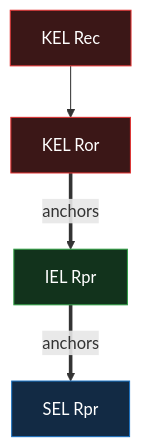
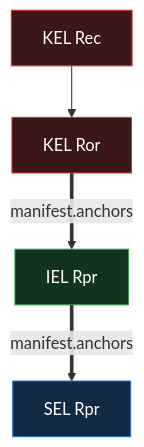
The second of 2 diagrams in docs/design/primitives/data/event-logs/iel/reconciliation.md (jasoncolburne/vdti), drawn with Mermaid before and after one commit. The commit also changed other lines of this file and 5 other files, not shown here.

````diff
--- a/docs/design/primitives/data/event-logs/iel/reconciliation.md
+++ b/docs/design/primitives/data/event-logs/iel/reconciliation.md
@@ -41,11 +41,11 @@
 ```mermaid
 flowchart TB
   Rec["KEL Rec"]:::kel --> Ror["KEL Ror"]:::kel
   Rpr_i["IEL Rpr"]:::iel
   Rpr_s["SEL Rpr"]:::sel
-  Ror ==>|anchors| Rpr_i
-  Rpr_i ==>|anchors| Rpr_s
+  Ror ==>|manifest.anchors| Rpr_i
+  Rpr_i ==>|manifest.anchors| Rpr_s
   classDef kel fill:#3b1717,stroke:#e03131,color:#fff
   classDef iel fill:#12331c,stroke:#2f9e44,color:#fff
   classDef sel fill:#122a44,stroke:#1971c2,color:#fff
 ```
````
